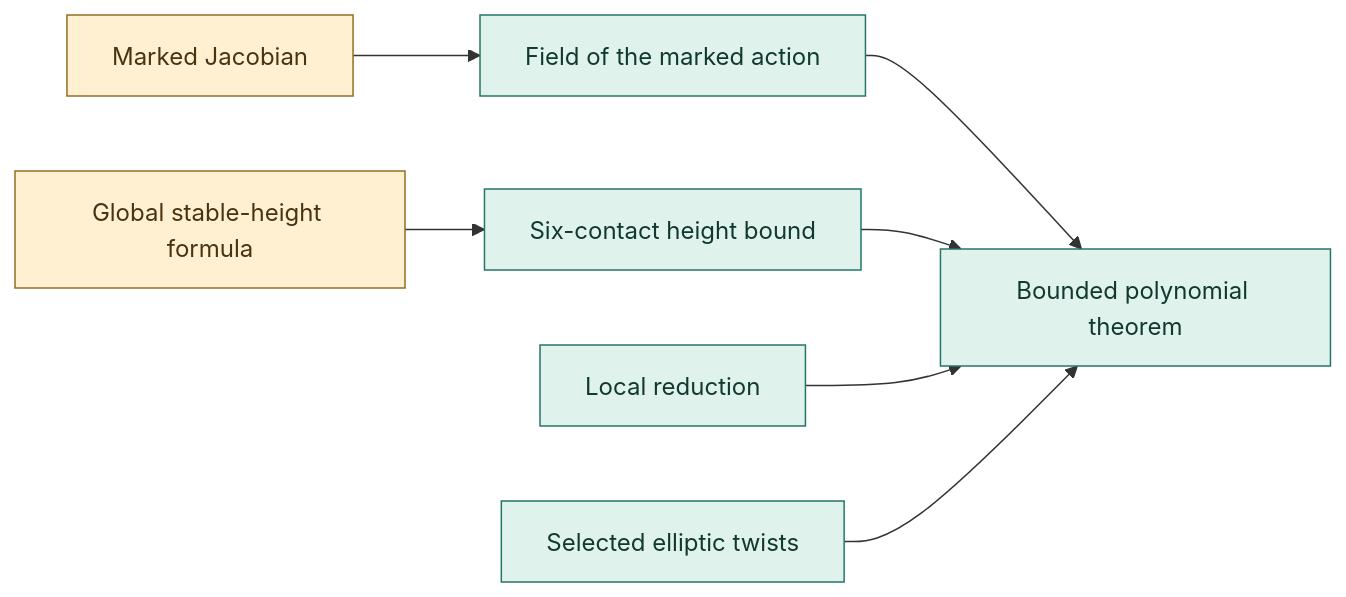
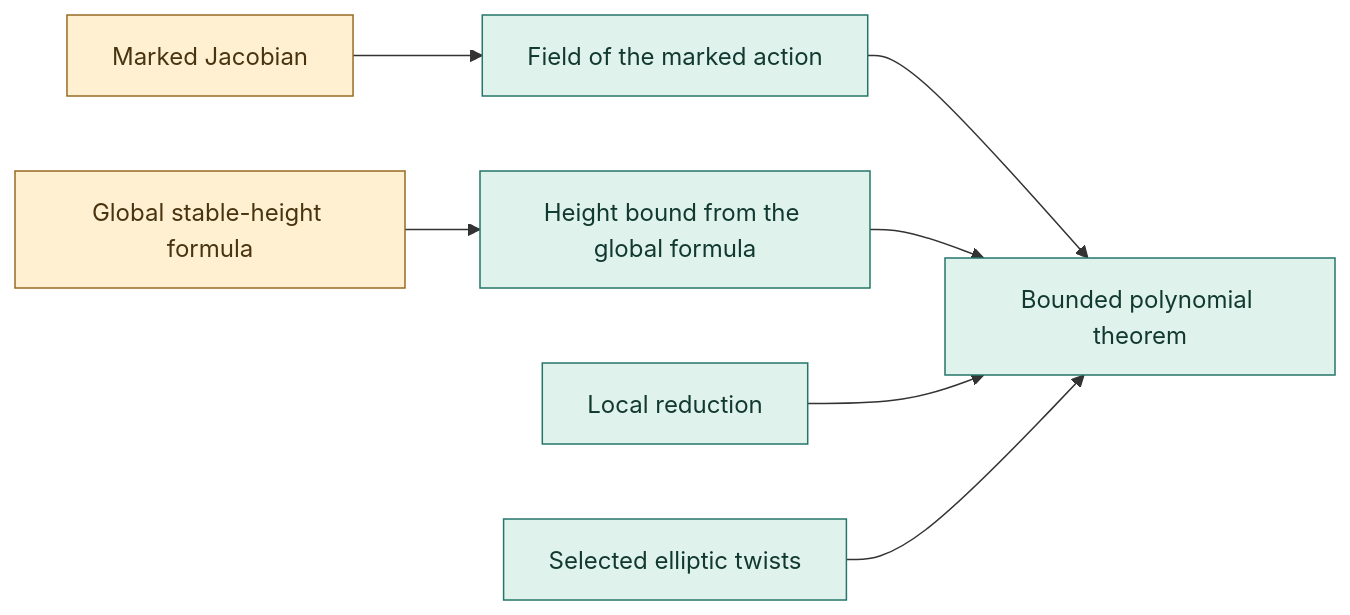
One commit to Deicyde/z-in-q-lean changed the diagram in README.md. Above: the diagram before and after it, drawn with Mermaid. The commit also changed other lines of this file and 49 other files, not shown here.

````diff
--- a/README.md
+++ b/README.md
@@ -41,18 +41,18 @@
 ```mermaid
 flowchart LR
     marked["Marked Jacobian"]:::pending
     field["Field of the marked action"]:::checked
     formula["Global stable-height formula"]:::pending
-    height["Six-contact height bound"]:::checked
+    height["Height bound from the global formula"]:::checked
     local["Local reduction"]:::checked
     rank["Selected elliptic twists"]:::checked
     target["Bounded polynomial theorem"]:::checked
     marked --> field
     formula --> height
     field --> target
     height --> target
     local --> target
     rank --> target
     classDef checked fill:#dff2ec,stroke:#247669,color:#12392f
     classDef pending fill:#fff0d2,stroke:#966b22,color:#49340f
 ```
````
